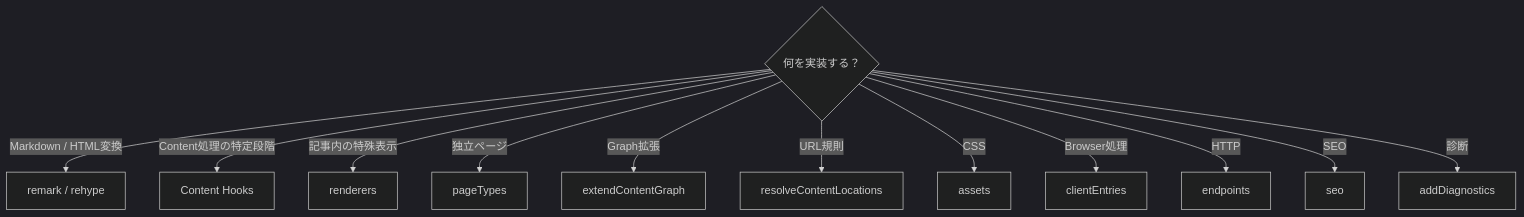
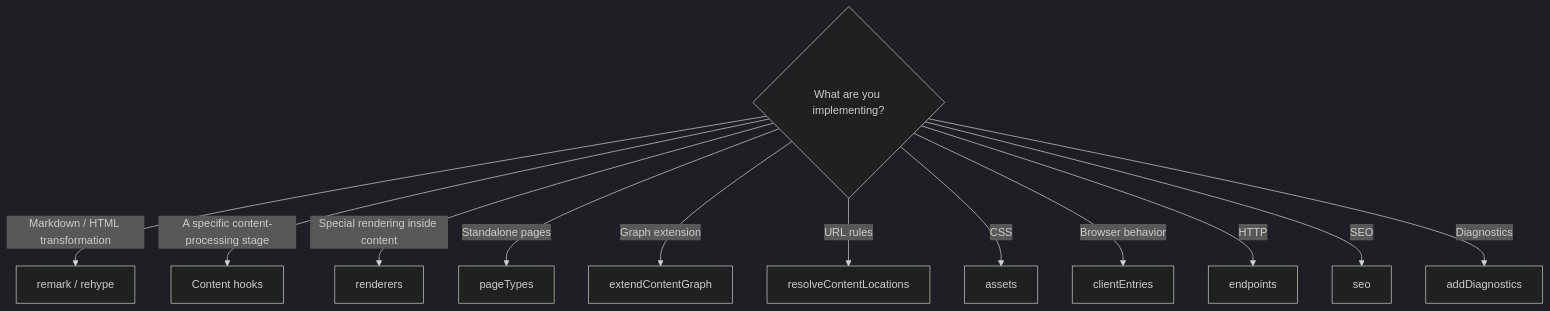
Before and after one commit to Rerurate514/riebeckite: the second of 3 diagrams in docs/docs/framework/plugin-system.md, drawn with Mermaid (dark theme). The commit also changed other lines of this file and 604 other files, not shown here.

````diff
--- a/docs/docs/framework/plugin-system.md
+++ b/docs/docs/framework/plugin-system.md
@@ -153,16 +91,16 @@
-```mermaid id="z0g35w"
+```mermaid
 flowchart TD
-    Q{"何を実装する？"}
+    Q{"What are you implementing?"}
 
-    Q -->|"Markdown / HTML変換"| Pipeline["remark / rehype"]
-    Q -->|"Content処理の特定段階"| Hook["Content Hooks"]
-    Q -->|"記事内の特殊表示"| Renderer["renderers"]
-    Q -->|"独立ページ"| Page["pageTypes"]
-    Q -->|"Graph拡張"| Graph["extendContentGraph"]
-    Q -->|"URL規則"| Location["resolveContentLocations"]
+    Q -->|"Markdown / HTML transformation"| Pipeline["remark / rehype"]
+    Q -->|"A specific content-processing stage"| Hook["Content hooks"]
+    Q -->|"Special rendering inside content"| Renderer["renderers"]
+    Q -->|"Standalone pages"| Page["pageTypes"]
+    Q -->|"Graph extension"| Graph["extendContentGraph"]
+    Q -->|"URL rules"| Location["resolveContentLocations"]
     Q -->|"CSS"| Asset["assets"]
-    Q -->|"Browser処理"| Client["clientEntries"]
+    Q -->|"Browser behavior"| Client["clientEntries"]
     Q -->|"HTTP"| Endpoint["endpoints"]
     Q -->|"SEO"| SEO["seo"]
-    Q -->|"診断"| Diagnostics["addDiagnostics"]
+    Q -->|"Diagnostics"| Diagnostics["addDiagnostics"]
 ```
````
